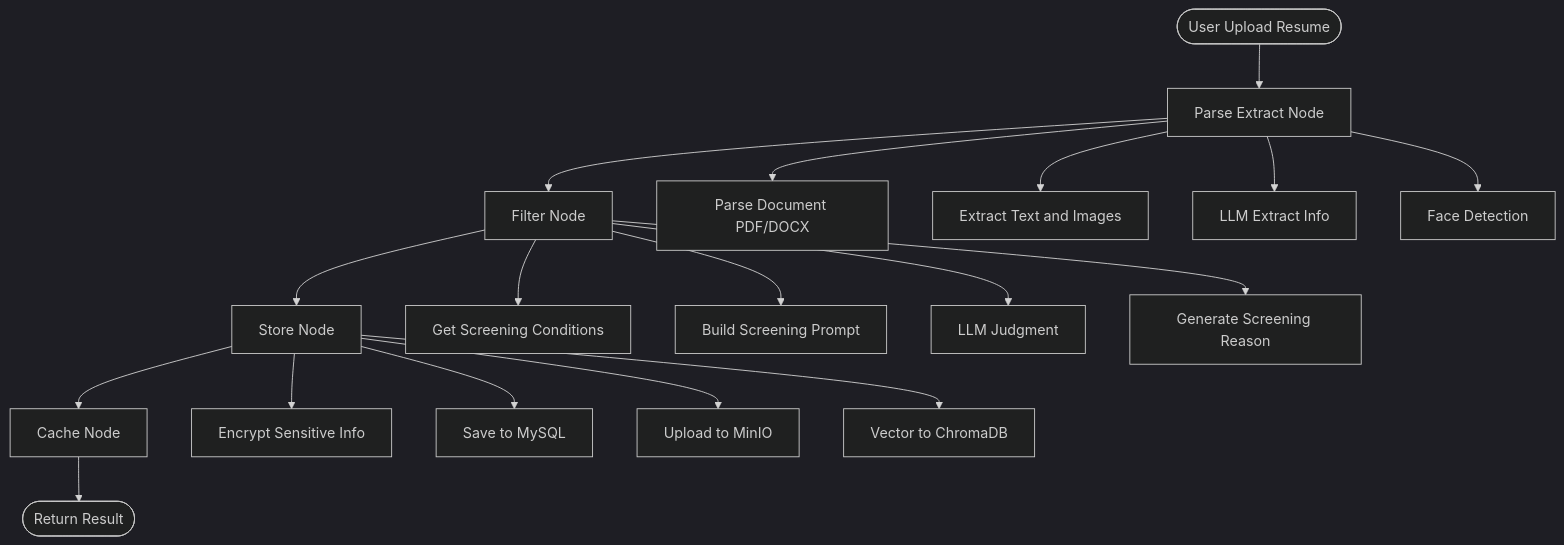
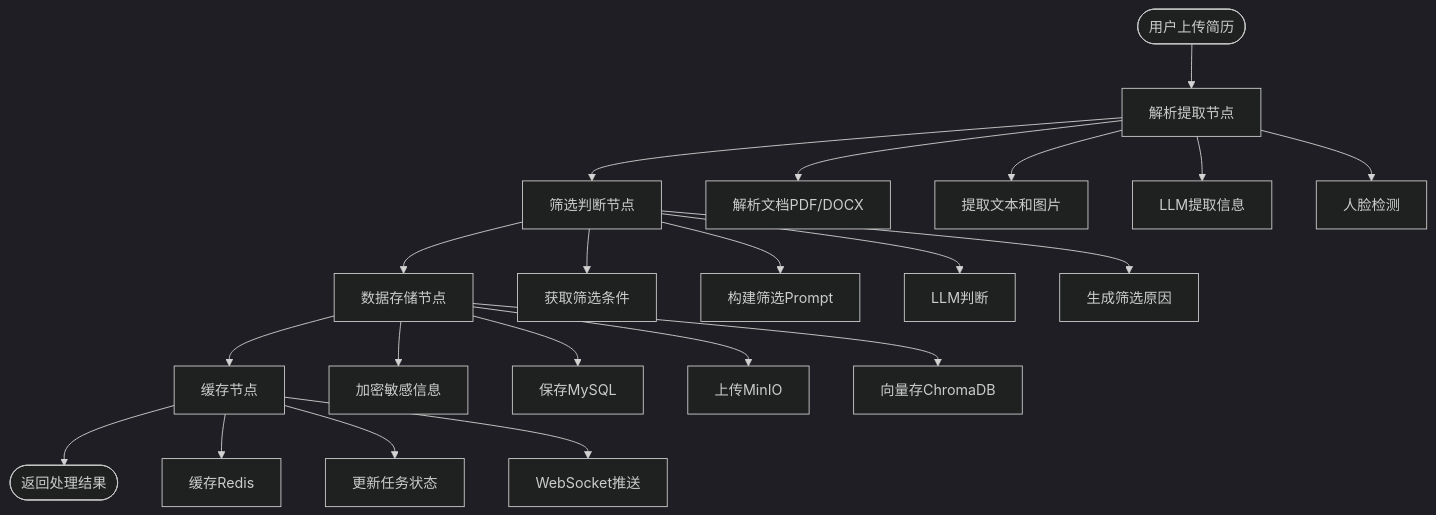
One commit to xt765/ResumeScreening changed the sixth of 11 diagrams in README.md. Above: the diagram before and after it, drawn with Mermaid (dark theme). The commit also changed other lines of this file and 26 other files, not shown here.

````diff
--- a/README.md
+++ b/README.md
@@ -208,23 +252,27 @@
 ```mermaid
 graph TB
-    A([User Upload Resume]) --> B[Parse Extract Node]
-    B --> C[Filter Node]
-    C --> D[Store Node]
-    D --> E[Cache Node]
-    E --> F([Return Result])
+    A([用户上传简历]) --> B[解析提取节点]
+    B --> C[筛选判断节点]
+    C --> D[数据存储节点]
+    D --> E[缓存节点]
+    E --> F([返回处理结果])
     
-    B --> B1[Parse Document PDF/DOCX]
-    B --> B2[Extract Text and Images]
-    B --> B3[LLM Extract Info]
-    B --> B4[Face Detection]
+    B --> B1[解析文档PDF/DOCX]
+    B --> B2[提取文本和图片]
+    B --> B3[LLM提取信息]
+    B --> B4[人脸检测]
     
-    C --> C1[Get Screening Conditions]
-    C --> C2[Build Screening Prompt]
-    C --> C3[LLM Judgment]
-    C --> C4[Generate Screening Reason]
+    C --> C1[获取筛选条件]
+    C --> C2[构建筛选Prompt]
+    C --> C3[LLM判断]
+    C --> C4[生成筛选原因]
     
-    D --> D1[Encrypt Sensitive Info]
-    D --> D2[Save to MySQL]
-    D --> D3[Upload to MinIO]
-    D --> D4[Vector to ChromaDB]
+    D --> D1[加密敏感信息]
+    D --> D2[保存MySQL]
+    D --> D3[上传MinIO]
+    D --> D4[向量存ChromaDB]
+    
+    E --> E1[缓存Redis]
+    E --> E2[更新任务状态]
+    E --> E3[WebSocket推送]
 ```
````
